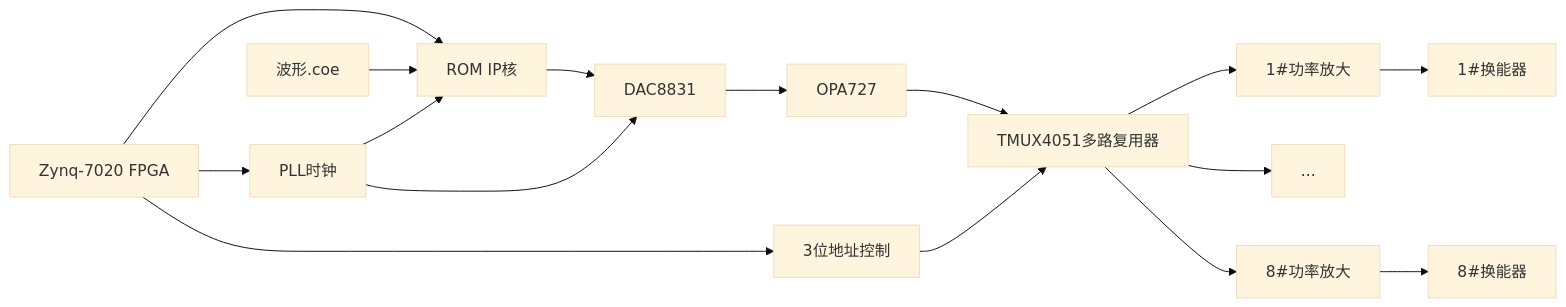
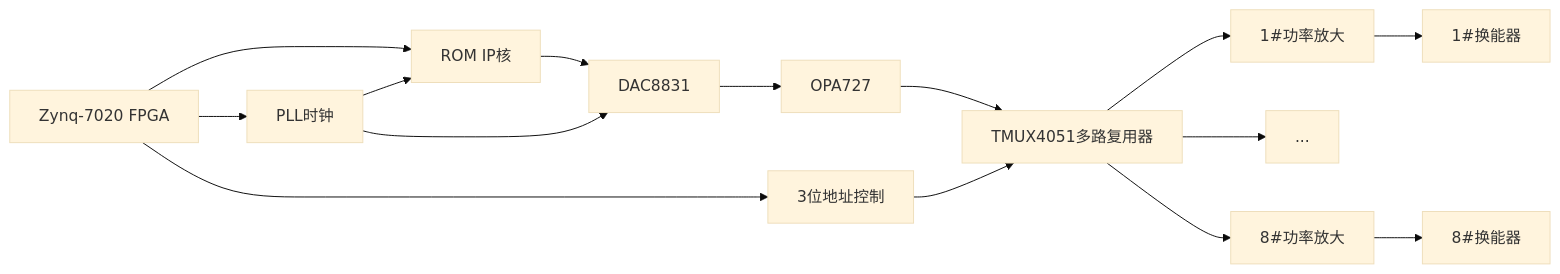
One commit to Rukawa15/iodraw-files changed the diagram in all/信号发生.md. Above: the diagram before and after it, drawn with Mermaid (base theme).

Commit message:
2025-06-19 14:55:58 update

````diff
--- a/all/信号发生.md
+++ b/all/信号发生.md
@@ -1,13 +1,13 @@
 ```mermaid
 graph LR
 A[Zynq-7020 FPGA] --> C[ROM IP核]
-L[波形.coe] --> C 
+
 A --> B[PLL时钟] --> C
 C --> D[DAC8831] 
 B --> D[DAC8831] 
 D --> E[OPA727] --> F[TMUX4051多路复用器]
 F --> H1[1#功率放大] --> I1[1#换能器]
 F --> ...
 F --> H8[8#功率放大] --> I8[8#换能器]
 A --> G[3位地址控制] --> F
 ```
````
